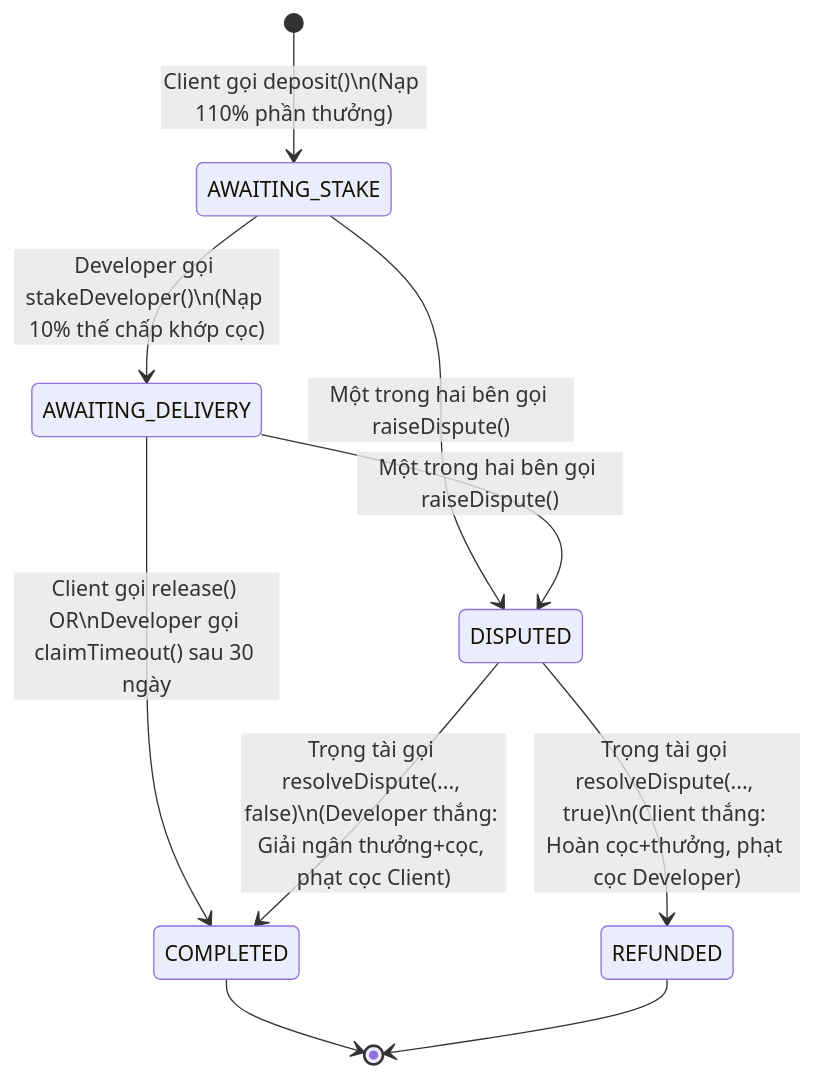
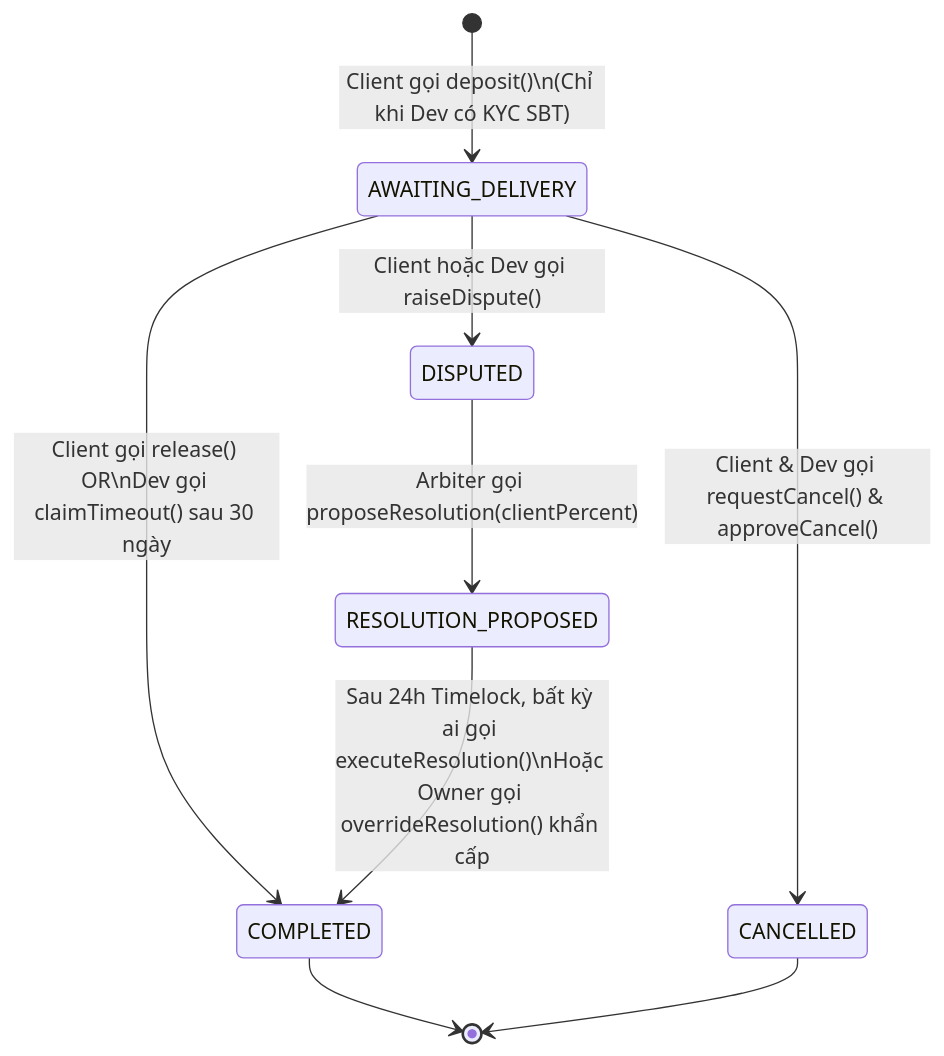
Before and after one commit to trongkhoidev/bloody-roar: the first of 2 diagrams in docs/ai/design/smart-contract-analysis.md, drawn with Mermaid. The commit also changed other lines of this file and 14 other files, not shown here.

````diff
--- a/docs/ai/design/smart-contract-analysis.md
+++ b/docs/ai/design/smart-contract-analysis.md
@@ -36,16 +55,15 @@
 ```mermaid
 stateDiagram-v2
-    [*] --> AWAITING_STAKE : Client gọi deposit()\n(Nạp 110% phần thưởng)
+    [*] --> AWAITING_DELIVERY : Client gọi deposit()\n(Chỉ khi Dev có KYC SBT)
+
+    AWAITING_DELIVERY --> COMPLETED : Client gọi release() OR\nDev gọi claimTimeout() sau 30 ngày
+    AWAITING_DELIVERY --> CANCELLED : Client & Dev gọi requestCancel() & approveCancel()
+    AWAITING_DELIVERY --> DISPUTED : Client hoặc Dev gọi raiseDispute()
+
+    DISPUTED --> RESOLUTION_PROPOSED : Arbiter gọi proposeResolution(clientPercent)
     
-    AWAITING_STAKE --> AWAITING_DELIVERY : Developer gọi stakeDeveloper()\n(Nạp 10% thế chấp khớp cọc)
-    AWAITING_STAKE --> DISPUTED : Một trong hai bên gọi raiseDispute()
-    
-    AWAITING_DELIVERY --> COMPLETED : Client gọi release() OR\nDeveloper gọi claimTimeout() sau 30 ngày
-    AWAITING_DELIVERY --> DISPUTED : Một trong hai bên gọi raiseDispute()
-    
-    DISPUTED --> REFUNDED : Trọng tài gọi resolveDispute(..., true)\n(Client thắng: Hoàn cọc+thưởng, phạt cọc Developer)
-    DISPUTED --> COMPLETED : Trọng tài gọi resolveDispute(..., false)\n(Developer thắng: Giải ngân thưởng+cọc, phạt cọc Client)
+    RESOLUTION_PROPOSED --> COMPLETED : Sau 24h Timelock, bất kỳ ai gọi executeResolution()\nHoặc Owner gọi overrideResolution() khẩn cấp
 
     COMPLETED --> [*]
-    REFUNDED --> [*]
+    CANCELLED --> [*]
 ```
````
